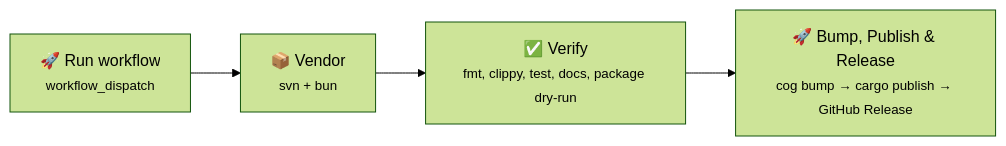
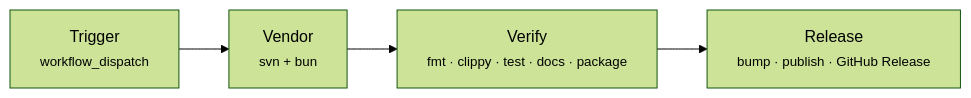
One commit to fang2hou/wow-sharedmedia changed the diagram in PUBLISHING.md. Above: the diagram before and after it, drawn with Mermaid (forest theme). The commit also changed other lines of this file, not shown here.

````diff
--- a/PUBLISHING.md
+++ b/PUBLISHING.md
@@ -44,6 +17,6 @@
 ```mermaid
 flowchart LR
-    A["🚀 Run workflow<br/><small>workflow_dispatch</small>"] --> B["📦 Vendor<br/><small>svn + bun</small>"]
-    B --> C["✅ Verify<br/><small>fmt, clippy, test, docs, package dry-run</small>"]
-    C --> D["🚀 Bump, Publish & Release<br/><small>cog bump → cargo publish → GitHub Release</small>"]
+    A["Trigger<br/><small>workflow_dispatch</small>"] --> B["Vendor<br/><small>svn + bun</small>"]
+    B --> C["Verify<br/><small>fmt · clippy · test · docs · package</small>"]
+    C --> D["Release<br/><small>bump · publish · GitHub Release</small>"]
 ```
````
